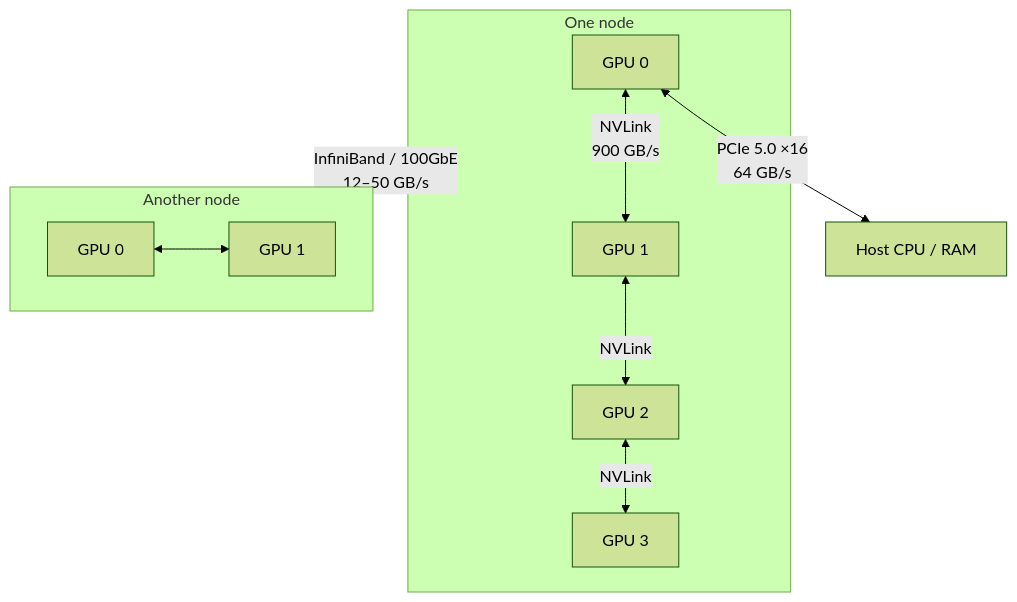
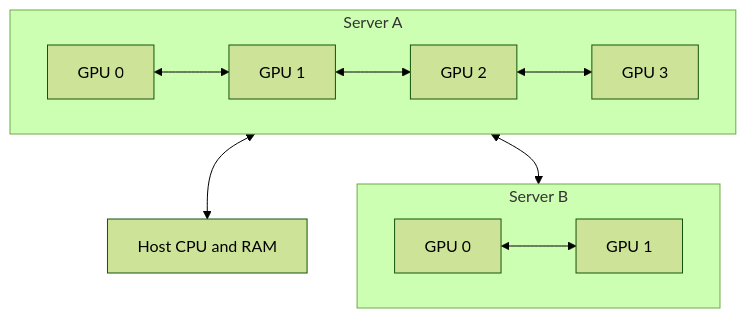
The fourth of 4 diagrams in book/11-reference-architectures.md (kamil-kielbasa/ai-infrastructure-book), drawn with Mermaid (forest theme) before and after one commit. The commit also changed other lines of this file and 13 other files, not shown here.

Commit message:
feat: add context sizing, rework architectures, split chapter 12

````diff
--- a/book/11-reference-architectures.md
+++ b/book/11-reference-architectures.md
@@ -197,13 +263,17 @@
 ```mermaid
 flowchart TB
-    subgraph node1 [One node]
-        G1[GPU 0] <-->|"NVLink<br/>900 GB/s"| G2[GPU 1]
-        G2 <-->|NVLink| G3[GPU 2]
-        G3 <-->|NVLink| G4[GPU 3]
+    subgraph node1 [Server A]
+        direction LR
+        G1[GPU 0] <--> G2[GPU 1]
+        G2 <--> G3[GPU 2]
+        G3 <--> G4[GPU 3]
     end
-    subgraph node2 [Another node]
+    CPU[Host CPU and RAM]
+    subgraph node2 [Server B]
+        direction LR
         H1[GPU 0] <--> H2[GPU 1]
     end
-    node1 <-->|"InfiniBand / 100GbE<br/>12–50 GB/s"| node2
-    G1 <-->|"PCIe 5.0 ×16<br/>64 GB/s"| CPU[Host CPU / RAM]
+
+    node1 <--> CPU
+    node1 <--> node2
 ```
````
